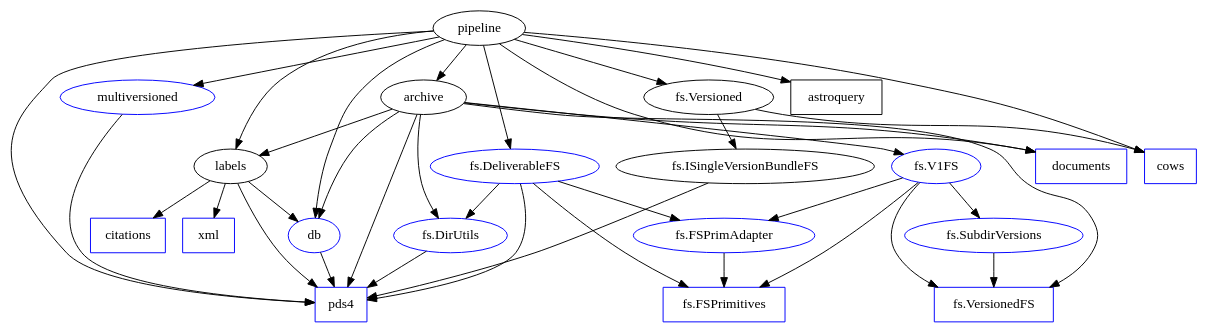
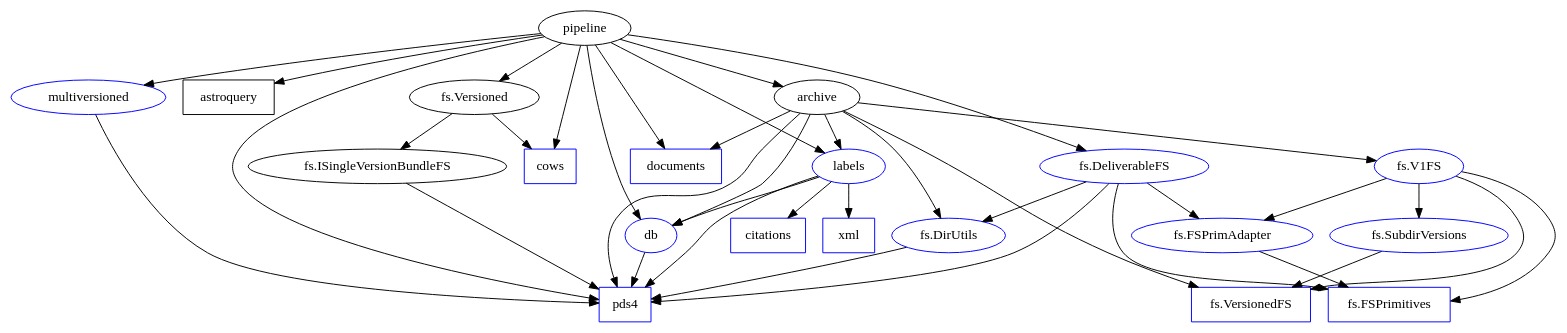
One commit to SETI/rms-hst-pipeline changed the diagram in modules.dot. Above: the diagram before and after it, drawn with Graphviz. The commit also changed 26 other files, not shown here.

```diff
--- a/modules.dot
+++ b/modules.dot
@@ -1,68 +1,69 @@
 /* Here's the tentative shape, based on the Python2.7 version of
  * PDART. It may not be right.
  *
  * I broke up the modules within fs to see what's used by whom.
  * Unfortunately, that package is a bit of a mess.
  *
  * Note that there is a SubdirVersions in both fs and multiversioned.
  *
  * Mark nodes blue when done.
  * 
  * Use this as a guide of what to convert next.
  */
 
 digraph {
     "fs.DeliverableFS"[color=blue];
     "fs.DirUtils"[color=blue];
     "fs.FSPrimAdapter"[color=blue];
     "fs.FSPrimitives"[shape=box;color=blue];
     "fs.SubdirVersions"[color=blue];
     "fs.V1FS"[color=blue];
     "fs.VersionedFS"[shape=box;color=blue];
     astroquery[shape=box];
     citations[shape=box;color=blue];
     cows[shape=box;color=blue];
     db[color=blue];
     documents[shape=box;color=blue];
+    labels[color=blue];
     multiversioned[color=blue];
     pds4[shape=box;color=blue];
     xml[shape=box;color=blue];
 
     "fs.DeliverableFS" -> "fs.DirUtils";
     "fs.DeliverableFS" -> "fs.FSPrimAdapter";
     "fs.DeliverableFS" -> "fs.FSPrimitives";
     "fs.DeliverableFS" -> pds4;
     "fs.DirUtils" -> pds4;
     "fs.FSPrimAdapter" -> "fs.FSPrimitives";
     "fs.ISingleVersionBundleFS" -> pds4;
     "fs.SubdirVersions" -> "fs.VersionedFS";
     "fs.V1FS" -> "fs.FSPrimAdapter";
     "fs.V1FS" -> "fs.FSPrimitives";
     "fs.V1FS" -> "fs.SubdirVersions";
     "fs.V1FS" -> "fs.VersionedFS";
     "fs.Versioned" -> "fs.ISingleVersionBundleFS";
     "fs.Versioned" -> cows;
     archive -> "fs.DirUtils";
     archive -> "fs.V1FS";
     archive -> "fs.VersionedFS";
     archive -> db;
     archive -> documents;
     archive -> labels;
     archive -> pds4;
     db -> pds4;
     labels -> citations;
     labels -> db;
     labels -> pds4;
     labels -> xml;
     multiversioned -> pds4;
     pipeline -> "fs.DeliverableFS";
     pipeline -> "fs.Versioned";
     pipeline -> archive;
     pipeline -> astroquery
     pipeline -> cows;
     pipeline -> db;
     pipeline -> documents;
     pipeline -> labels;
     pipeline -> multiversioned;
     pipeline -> pds4;
 }
```
